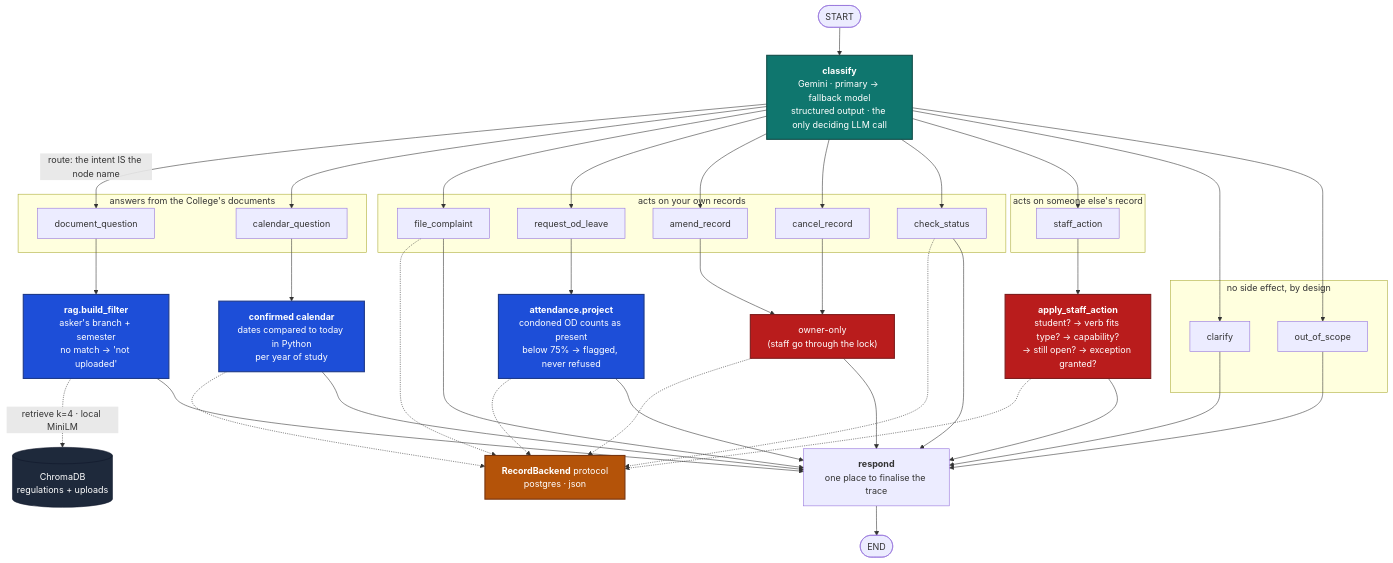
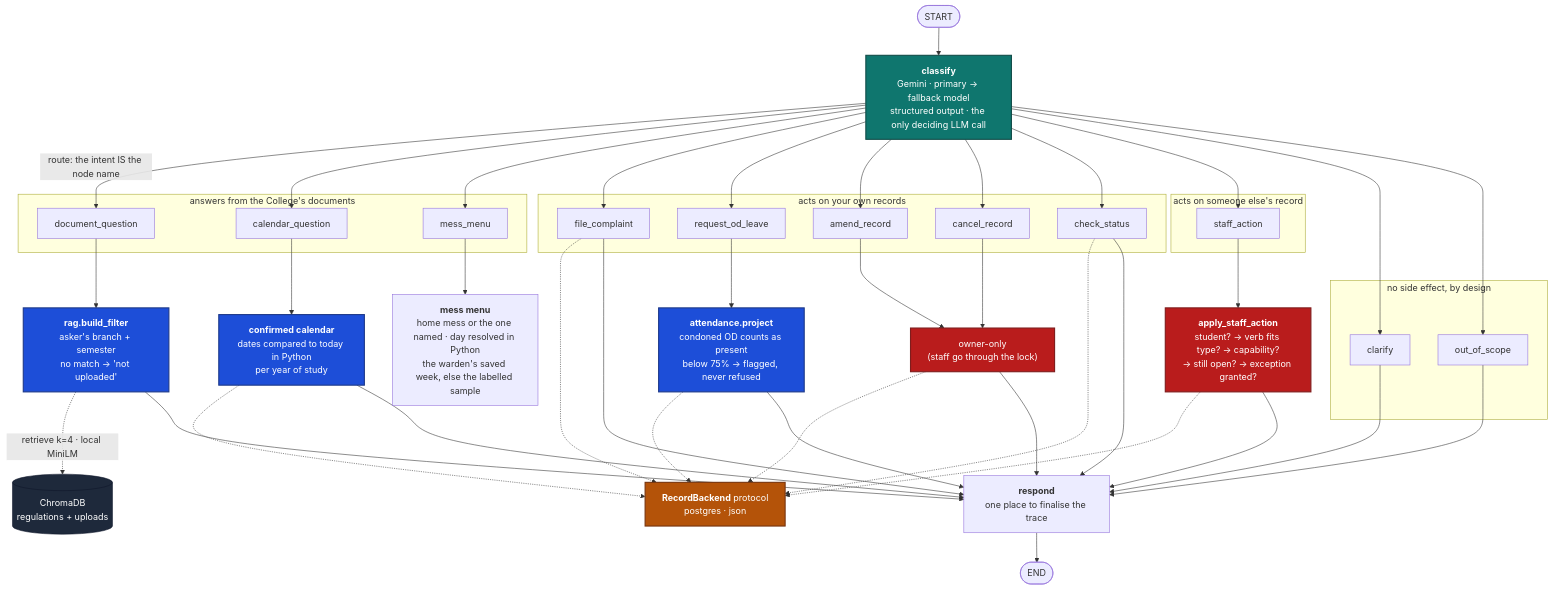
The first of 2 diagrams in docs/diagrams/langgraph_flow.md (elightknight23/compass), drawn with Mermaid before and after one commit. The commit also changed other lines of this file and 30 other files, not shown here.

````diff
--- a/docs/diagrams/langgraph_flow.md
+++ b/docs/diagrams/langgraph_flow.md
@@ -14,77 +14,80 @@
 ```mermaid
 flowchart TD
     S([START]) --> CLS["<b>classify</b><br/>Gemini · primary → fallback model<br/>structured output · the only deciding LLM call"]
 
     subgraph GROUND ["answers from the College's documents"]
         REG["document_question"]
         CALQ["calendar_question"]
+        MESSQ["mess_menu"]
     end
 
     subgraph OWN ["acts on your own records"]
         FILE["file_complaint"]
         LV["request_od_leave"]
         AMEND["amend_record"]
         CANCEL["cancel_record"]
         STATUS["check_status"]
     end
 
     subgraph OTHER ["acts on someone else's record"]
         SA["staff_action"]
     end
 
     subgraph SAFE ["no side effect, by design"]
         CLR["clarify"]
         OOS["out_of_scope"]
     end
 
     CLS -->|"route: the intent IS the node name"| REG
     CLS --> CALQ
+    CLS --> MESSQ
     CLS --> FILE
     CLS --> LV
     CLS --> AMEND
     CLS --> CANCEL
     CLS --> STATUS
     CLS --> SA
     CLS --> CLR
     CLS --> OOS
 
     LV --> ATT["<b>attendance.project</b><br/>condoned OD counts as present<br/>below 75% → flagged, never refused"]
     SA --> LOCK["<b>apply_staff_action</b><br/>student? → verb fits type? → capability?<br/>→ still open? → exception granted?"]
     AMEND --> OWNER["owner-only<br/>(staff go through the lock)"]
     CANCEL --> OWNER
 
     REG --> FILT["<b>rag.build_filter</b><br/>asker's branch + semester<br/>no match → 'not uploaded'"]
     FILT -.->|"retrieve k=4 · local MiniLM"| CHROMA[("ChromaDB<br/>regulations + uploads")]
     CALQ --> CALC["<b>confirmed calendar</b><br/>dates compared to today in Python<br/>per year of study"]
+    MESSQ --> MENU["<b>mess menu</b><br/>home mess or the one named · day resolved in Python<br/>the warden's saved week, else the labelled sample"]
     CALC -.-> BE
     LOCK -.-> BE
     FILE -.-> BE
     OWNER -.-> BE
     STATUS -.-> BE
     ATT -.-> BE
 
     BE["<b>RecordBackend</b> protocol<br/>postgres · json"]
 
     FILT --> RESP
     CALC --> RESP
     FILE --> RESP
     ATT --> RESP
     OWNER --> RESP
     STATUS --> RESP
     LOCK --> RESP
     CLR --> RESP
     OOS --> RESP
 
     RESP["<b>respond</b><br/>one place to finalise the trace"] --> E([END])
 
     classDef llm fill:#0f766e,stroke:#134e4a,stroke-width:2px,color:#fff
     classDef gate fill:#b91c1c,stroke:#7f1d1d,stroke-width:2px,color:#fff
     classDef py fill:#1d4ed8,stroke:#1e3a8a,stroke-width:2px,color:#fff
     classDef port fill:#b45309,stroke:#78350f,stroke-width:2px,color:#fff
     classDef store fill:#1e293b,stroke:#0f172a,color:#fff
     class CLS llm
     class LOCK,OWNER gate
     class ATT,FILT,CALC py
     class BE port
     class CHROMA store
 ```
````
